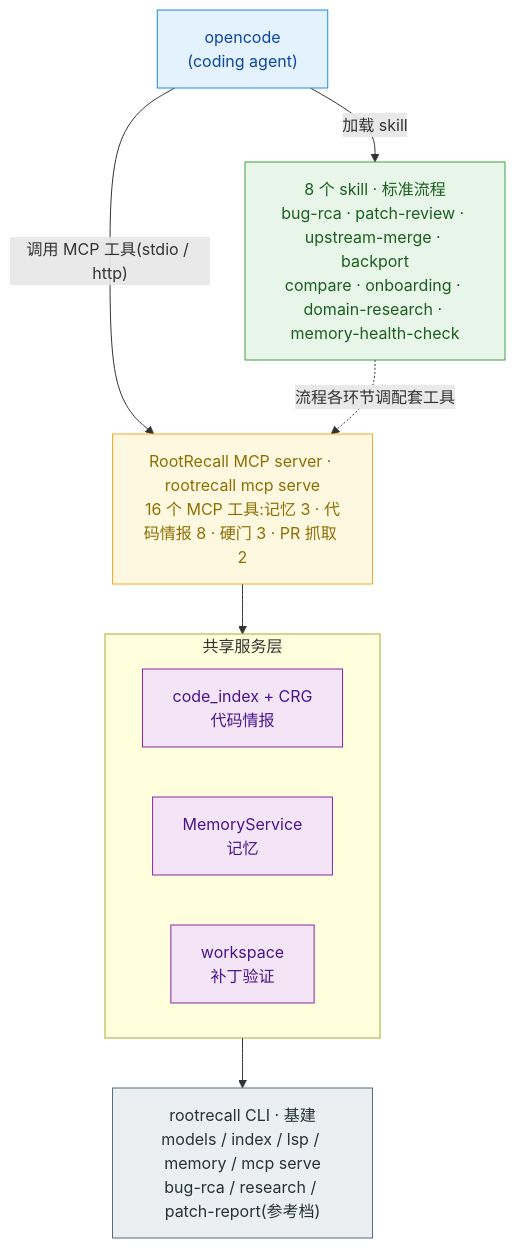
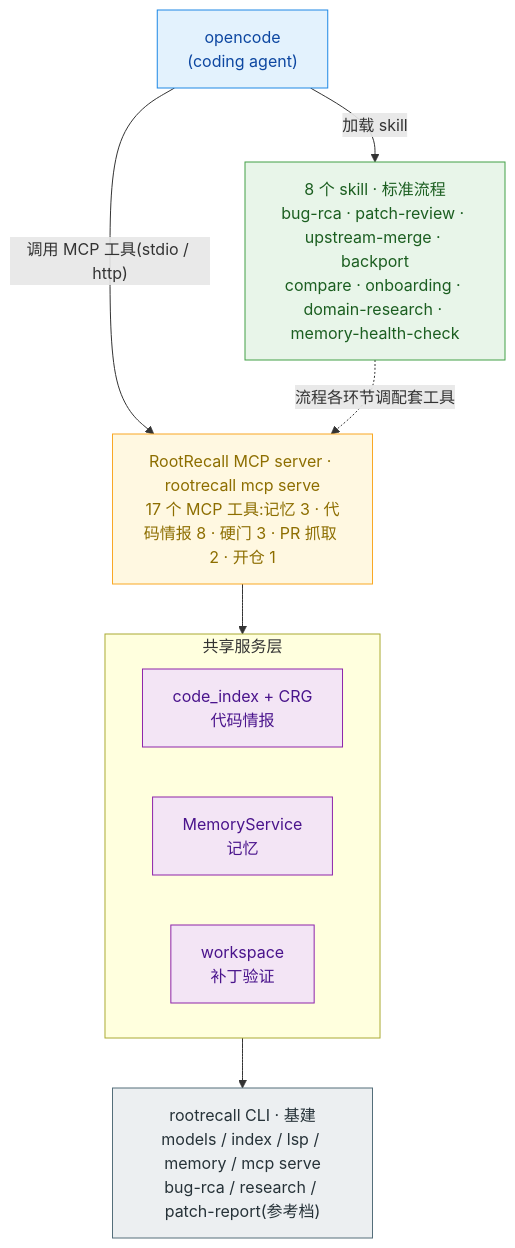
One commit to TuNaiChao/Hyperion changed the diagram in README.md. Above: the diagram before and after it, drawn with Mermaid. The commit also changed other lines of this file and 12 other files, not shown here.

````diff
--- a/README.md
+++ b/README.md
@@ -78,31 +78,31 @@
 ```mermaid
 flowchart TB
     AGENT["opencode<br/>(coding agent)"]
     SKILLS["8 个 skill · 标准流程<br/>bug-rca · patch-review · upstream-merge · backport<br/>compare · onboarding · domain-research · memory-health-check"]
-    SERVER["RootRecall MCP server · rootrecall mcp serve<br/>16 个 MCP 工具:记忆 3 · 代码情报 8 · 硬门 3 · PR 抓取 2"]
+    SERVER["RootRecall MCP server · rootrecall mcp serve<br/>17 个 MCP 工具:记忆 3 · 代码情报 8 · 硬门 3 · PR 抓取 2 · 开仓 1"]
 
     subgraph SERVICES["共享服务层"]
         SVC1["code_index + CRG<br/>代码情报"]
         SVC2["MemoryService<br/>记忆"]
         SVC3["workspace<br/>补丁验证"]
     end
 
     CLI["rootrecall CLI · 基建<br/>models / index / lsp / memory / mcp serve<br/>bug-rca / research / patch-report(参考档)"]
 
     AGENT -->|"加载 skill"| SKILLS
     AGENT -->|"调用 MCP 工具(stdio / http)"| SERVER
     SKILLS -.->|"流程各环节调配套工具"| SERVER
     SERVER --> SERVICES
     SERVICES --> CLI
 
     classDef agent fill:#E3F2FD,stroke:#1E88E5,color:#0D47A1
     classDef skills fill:#E8F5E9,stroke:#43A047,color:#1B5E20
     classDef server fill:#FFF8E1,stroke:#F9A825,color:#8D6E00
     classDef svc fill:#F3E5F5,stroke:#8E24AA,color:#4A148C
     classDef cli fill:#ECEFF1,stroke:#546E7A,color:#263238
     class AGENT agent
     class SKILLS skills
     class SERVER server
     class SVC1,SVC2,SVC3 svc
     class CLI cli
 ```
````
